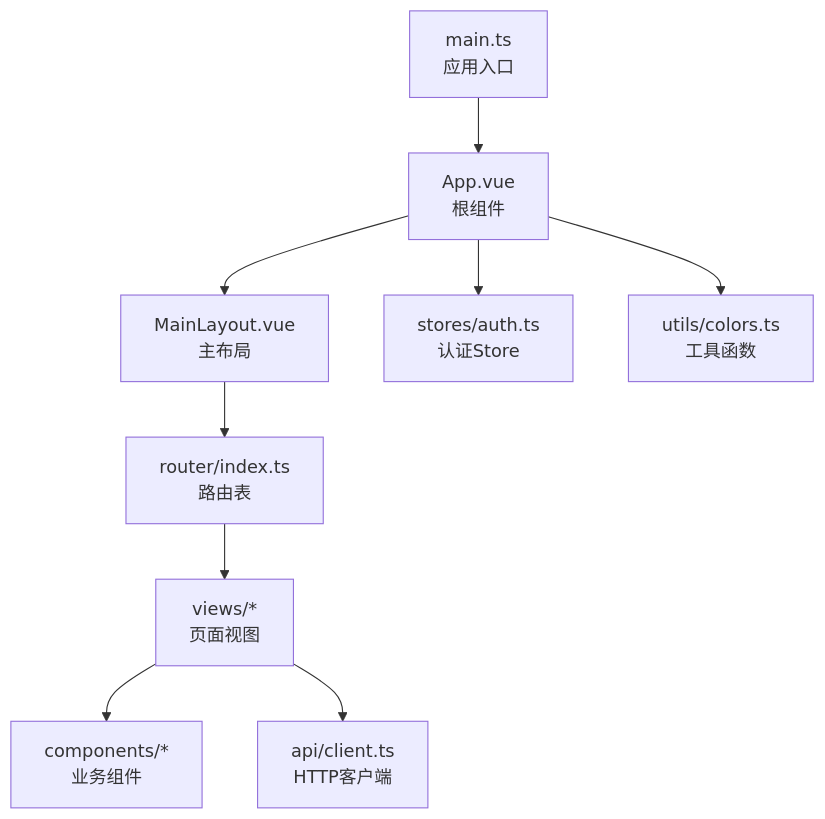
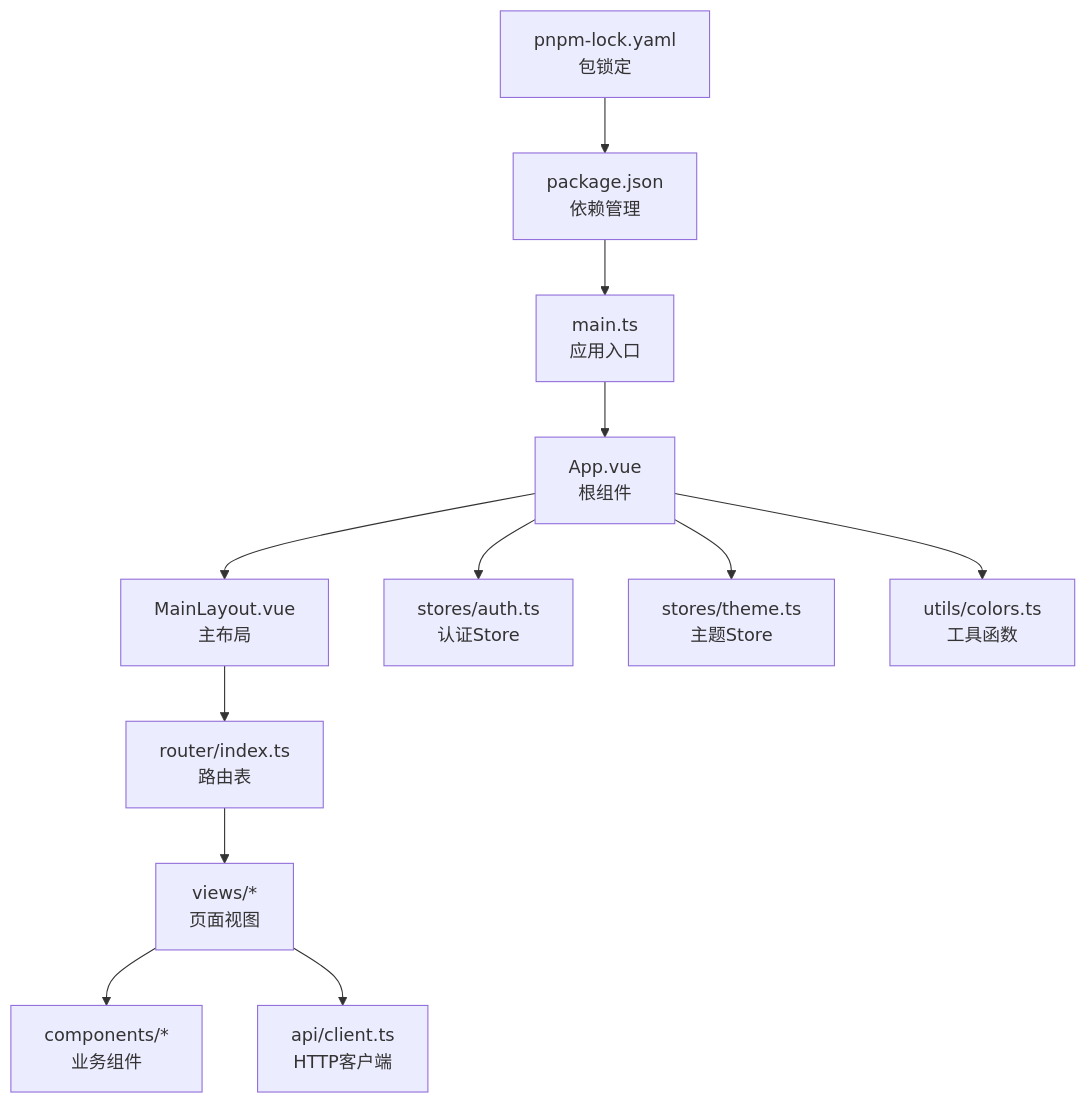
One commit to vu1Art1st/talos changed the first of 6 diagrams in .qoder/repowiki/zh/content/前端组件/前端组件.md. Above: the diagram before and after it, drawn with Mermaid. The commit also changed other lines of this file and 129 other files, not shown here.

````diff
--- a/.qoder/repowiki/zh/content/前端组件/前端组件.md
+++ b/.qoder/repowiki/zh/content/前端组件/前端组件.md
@@ -58,11 +74,14 @@
 ```mermaid
 graph TB
 A["main.ts<br/>应用入口"] --> B["App.vue<br/>根组件"]
 B --> C["MainLayout.vue<br/>主布局"]
 C --> D["router/index.ts<br/>路由表"]
 D --> E["views/*<br/>页面视图"]
 B --> F["stores/auth.ts<br/>认证Store"]
-E --> G["components/*<br/>业务组件"]
-E --> H["api/client.ts<br/>HTTP客户端"]
-B --> I["utils/colors.ts<br/>工具函数"]
+B --> G["stores/theme.ts<br/>主题Store"]
+E --> H["components/*<br/>业务组件"]
+E --> I["api/client.ts<br/>HTTP客户端"]
+B --> J["utils/colors.ts<br/>工具函数"]
+K["package.json<br/>依赖管理"] --> A
+L["pnpm-lock.yaml<br/>包锁定"] --> K
 ```
````
